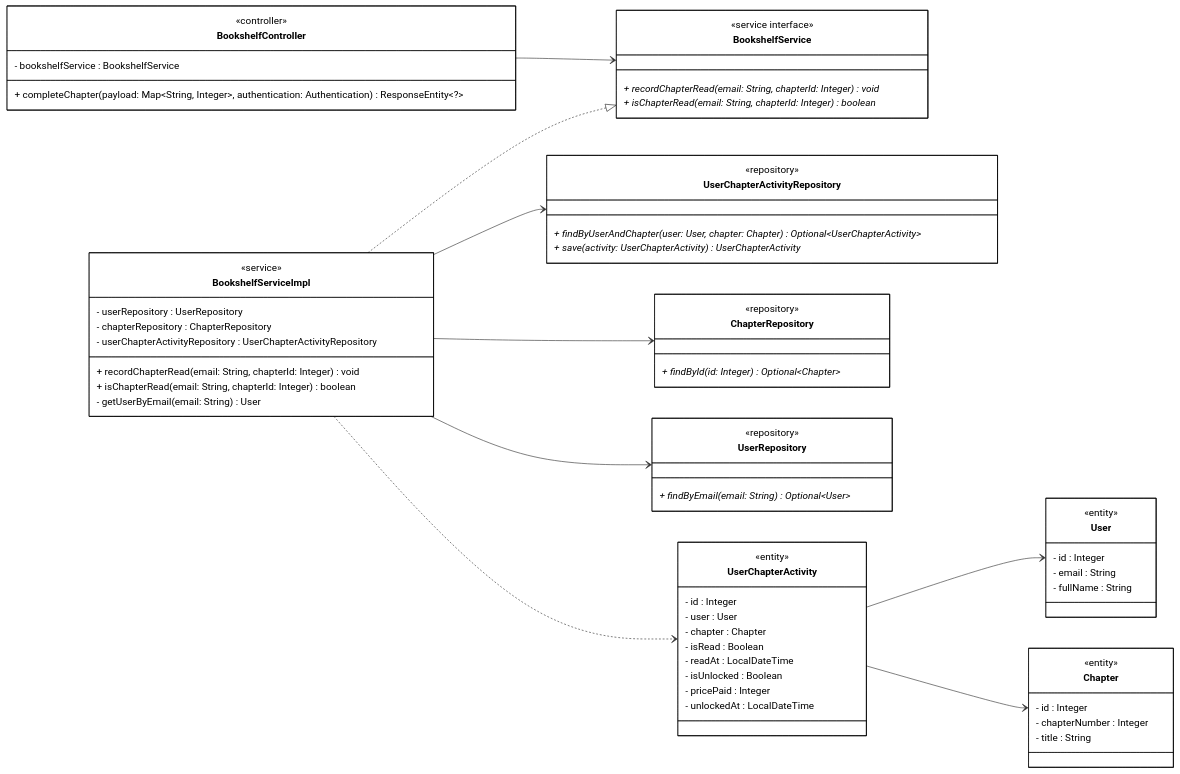
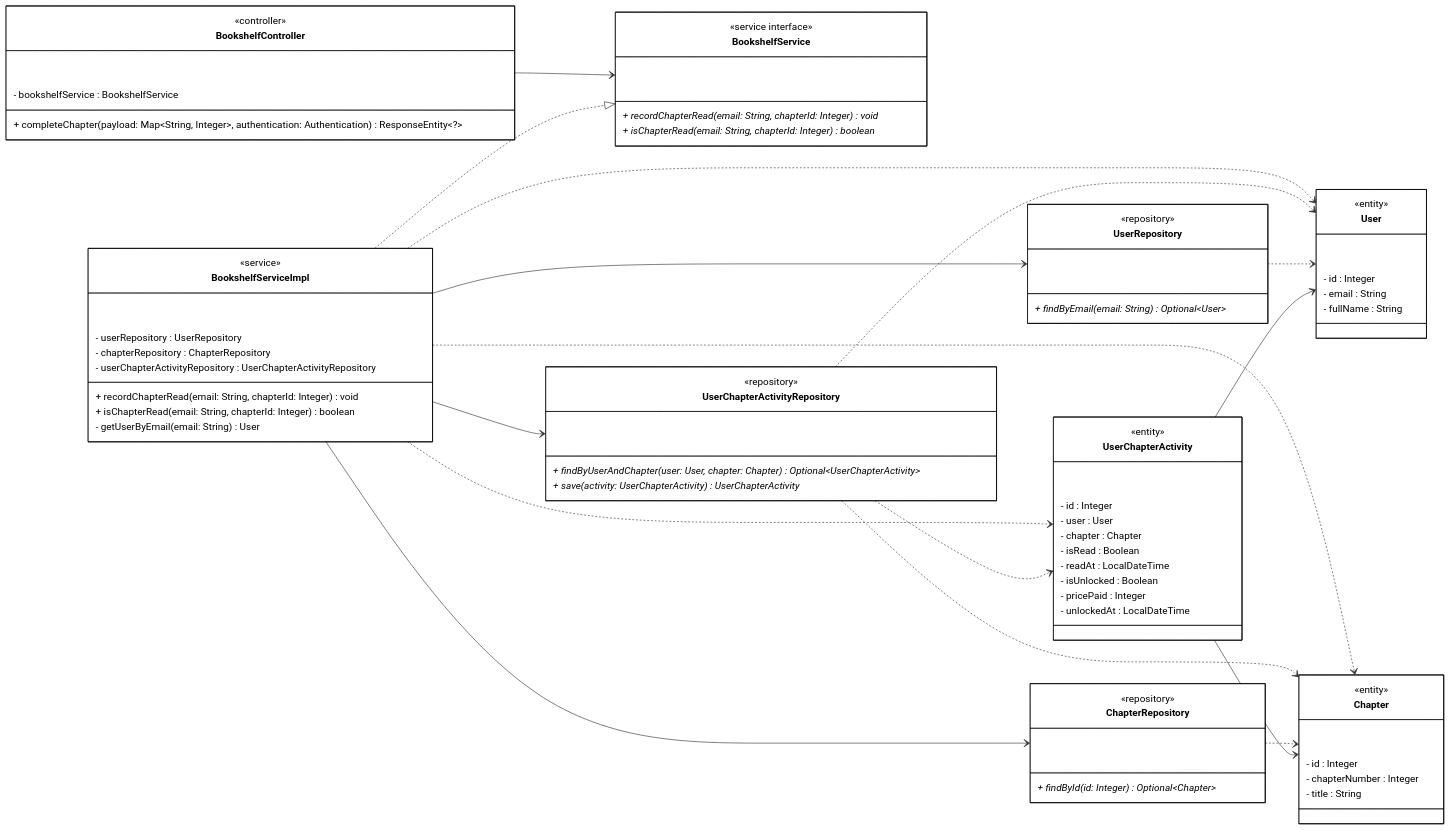
Before and after one commit to Phuoctai228/tram-truyen: the diagram in docs/diagrams/class_mermaid/cls_mm_uc27_save_reading_progress.mmd, drawn with Mermaid. The commit also changed 85 other files, not shown here.

```diff
--- a/docs/diagrams/class_mermaid/cls_mm_uc27_save_reading_progress.mmd
+++ b/docs/diagrams/class_mermaid/cls_mm_uc27_save_reading_progress.mmd
@@ -1,79 +1,102 @@
 classDiagram
-direction LR
+    direction LR
 
-class BookshelfController {
-    <<controller>>
-    - bookshelfService : BookshelfService
-    + completeChapter(payload: Map~String, Integer~, authentication: Authentication) ResponseEntity~?~
-}
+    class BookshelfController {
+        <<controller>>
+        ⠀
+        ⠀⠀
+        - bookshelfService : BookshelfService
+        + completeChapter(payload: Map~String, Integer~, authentication: Authentication) ResponseEntity~?~
+    }
 
-class BookshelfService {
-    <<service interface>>
-    + recordChapterRead(email: String, chapterId: Integer) void*
-    + isChapterRead(email: String, chapterId: Integer) boolean*
-}
+    class BookshelfService {
+        <<service interface>>
+        ⠀
+        ⠀⠀
+        + recordChapterRead(email: String, chapterId: Integer) void*
+        + isChapterRead(email: String, chapterId: Integer) boolean*
+    }
 
-class BookshelfServiceImpl {
-    <<service>>
-    - userRepository : UserRepository
-    - chapterRepository : ChapterRepository
-    - userChapterActivityRepository : UserChapterActivityRepository
-    + recordChapterRead(email: String, chapterId: Integer) void
-    + isChapterRead(email: String, chapterId: Integer) boolean
-    - getUserByEmail(email: String) User
-}
+    class BookshelfServiceImpl {
+        <<service>>
+        ⠀
+        ⠀⠀
+        - userRepository : UserRepository
+        - chapterRepository : ChapterRepository
+        - userChapterActivityRepository : UserChapterActivityRepository
+        + recordChapterRead(email: String, chapterId: Integer) void
+        + isChapterRead(email: String, chapterId: Integer) boolean
+        - getUserByEmail(email: String) User
+    }
 
-class UserChapterActivityRepository {
-    <<repository>>
-    + findByUserAndChapter(user: User, chapter: Chapter) Optional~UserChapterActivity~*
-    + save(activity: UserChapterActivity) UserChapterActivity*
-}
+    class UserChapterActivityRepository {
+        <<repository>>
+        ⠀
+        ⠀⠀
+        + findByUserAndChapter(user: User, chapter: Chapter) Optional~UserChapterActivity~*
+        + save(activity: UserChapterActivity) UserChapterActivity*
+    }
 
-class ChapterRepository {
-    <<repository>>
-    + findById(id: Integer) Optional~Chapter~*
-}
+    class ChapterRepository {
+        <<repository>>
+        ⠀
+        ⠀⠀
+        + findById(id: Integer) Optional~Chapter~*
+    }
 
-class UserRepository {
-    <<repository>>
-    + findByEmail(email: String) Optional~User~*
-}
+    class UserRepository {
+        <<repository>>
+        ⠀
+        ⠀⠀
+        + findByEmail(email: String) Optional~User~*
+    }
 
-class UserChapterActivity {
-    <<entity>>
-    - id : Integer
-    - user : User
-    - chapter : Chapter
-    - isRead : Boolean
-    - readAt : LocalDateTime
-    - isUnlocked : Boolean
-    - pricePaid : Integer
-    - unlockedAt : LocalDateTime
-}
+    class UserChapterActivity {
+        <<entity>>
+        ⠀
+        ⠀⠀
+        - id : Integer
+        - user : User
+        - chapter : Chapter
+        - isRead : Boolean
+        - readAt : LocalDateTime
+        - isUnlocked : Boolean
+        - pricePaid : Integer
+        - unlockedAt : LocalDateTime
+    }
 
-class User {
-    <<entity>>
-    - id : Integer
-    - email : String
-    - fullName : String
-}
+    class User {
+        <<entity>>
+        ⠀
+        ⠀⠀
+        - id : Integer
+        - email : String
+        - fullName : String
+    }
 
-class Chapter {
-    <<entity>>
-    - id : Integer
-    - chapterNumber : Integer
-    - title : String
-}
+    class Chapter {
+        <<entity>>
+        ⠀
+        ⠀⠀
+        - id : Integer
+        - chapterNumber : Integer
+        - title : String
+    }
 
-BookshelfController --> BookshelfService
-BookshelfServiceImpl ..|> BookshelfService
+    BookshelfController --> BookshelfService
+    BookshelfServiceImpl ..|> BookshelfService
+    BookshelfServiceImpl --> UserChapterActivityRepository
+    BookshelfServiceImpl --> ChapterRepository
+    BookshelfServiceImpl --> UserRepository
+    BookshelfServiceImpl ..> UserChapterActivity
+    BookshelfServiceImpl ..> User
+    BookshelfServiceImpl ..> Chapter
+    UserChapterActivityRepository ..> UserChapterActivity
+    UserChapterActivityRepository ..> User
+    UserChapterActivityRepository ..> Chapter
+    ChapterRepository ..> Chapter
+    UserRepository ..> User
+    UserChapterActivity --> User
+    UserChapterActivity --> Chapter
 
-BookshelfServiceImpl --> UserChapterActivityRepository
-BookshelfServiceImpl --> ChapterRepository
-BookshelfServiceImpl --> UserRepository
-
-BookshelfServiceImpl ..> UserChapterActivity
-UserChapterActivity --> User
-UserChapterActivity --> Chapter
-
-classDef default fill:#FFFFFF,stroke:#000000,stroke-width:1px,color:#000000
+    classDef default fill:#FFFFFF,stroke:#000000,stroke-width:1px,color:#000000
```
